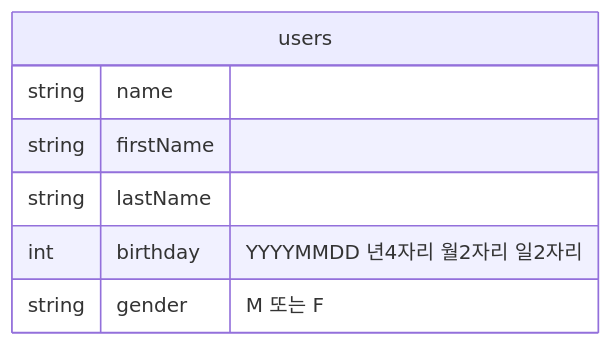
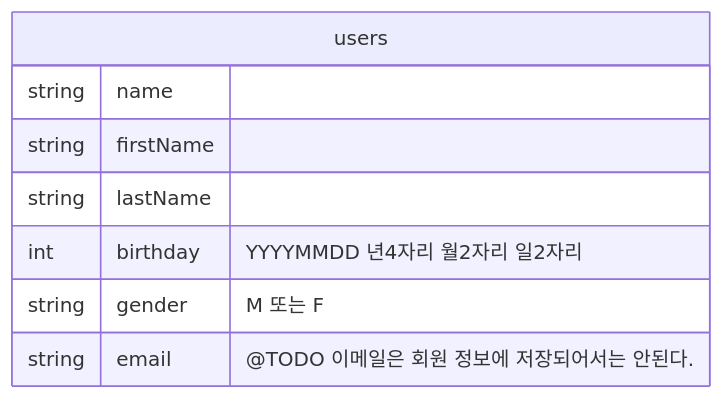
One commit to thruthesky/fireflutter changed the first of 2 diagrams in README.md. Above: the diagram before and after it, drawn with Mermaid. The commit also changed other lines of this file and 1 other file, not shown here.

````diff
--- a/README.md
+++ b/README.md
@@ -19,10 +18,11 @@
 ```mermaid
 erDiagram
-    users {
-        string name
-        string firstName
-        string lastName
-        int birthday "YYYYMMDD 년4자리 월2자리 일2자리"
-        string gender "M 또는 F"
-    }
+  users {
+      string name
+      string firstName
+      string lastName
+      int birthday "YYYYMMDD 년4자리 월2자리 일2자리"
+      string gender "M 또는 F"
+      string email "@TODO 이메일은 회원 정보에 저장되어서는 안된다."
+  }
 ```
````
